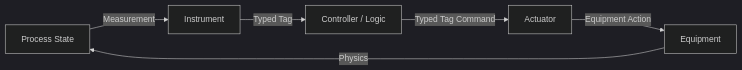
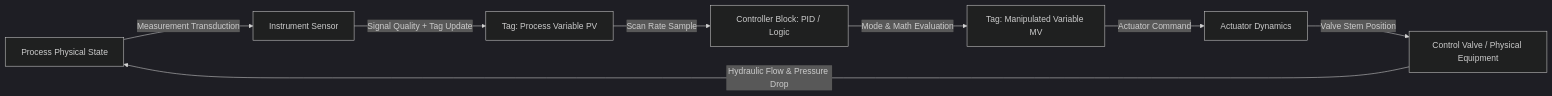
Before and after one commit to kaivyy/nebudcs: the first of 3 diagrams in docs/architecture/control-engine.md, drawn with Mermaid (dark theme). The commit also changed other lines of this file and 149 other files, not shown here.

````diff
--- a/docs/architecture/control-engine.md
+++ b/docs/architecture/control-engine.md
@@ -18,8 +14,10 @@
 ```mermaid
 graph LR
-    Process[Process State] -->|Measurement| Instrument[Instrument]
-    Instrument -->|Typed Tag| Logic[Controller / Logic]
-    Logic -->|Typed Tag Command| Actuator[Actuator]
-    Actuator -->|Equipment Action| Equipment[Equipment]
-    Equipment -->|Physics| Process
+    Proc[Process Physical State] -->|Measurement Transduction| Inst[Instrument Sensor]
+    Inst -->|Signal Quality + Tag Update| TagPV[Tag: Process Variable PV]
+    TagPV -->|Scan Rate Sample| Ctrl[Controller Block: PID / Logic]
+    Ctrl -->|Mode & Math Evaluation| TagMV[Tag: Manipulated Variable MV]
+    TagMV -->|Actuator Command| Act[Actuator Dynamics]
+    Act -->|Valve Stem Position| Valve[Control Valve / Physical Equipment]
+    Valve -->|Hydraulic Flow & Pressure Drop| Proc
 ```
````
